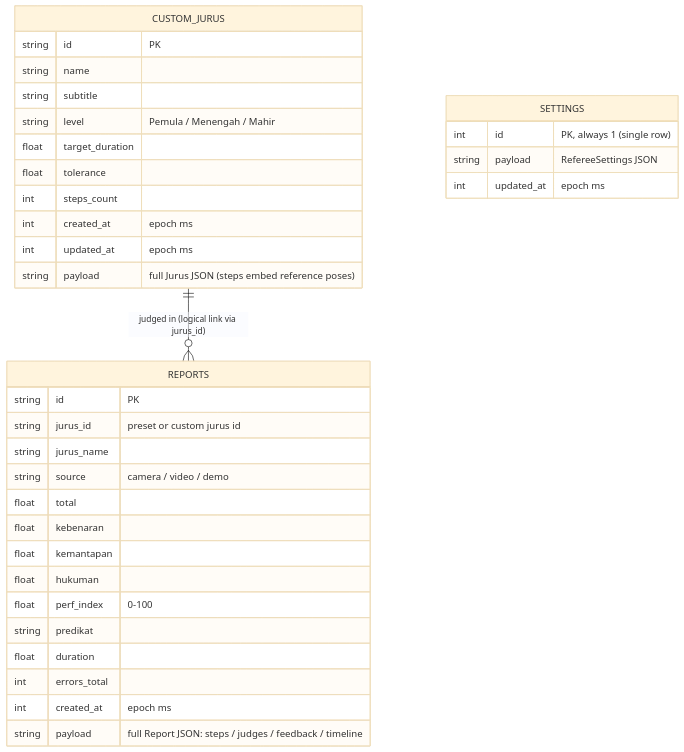
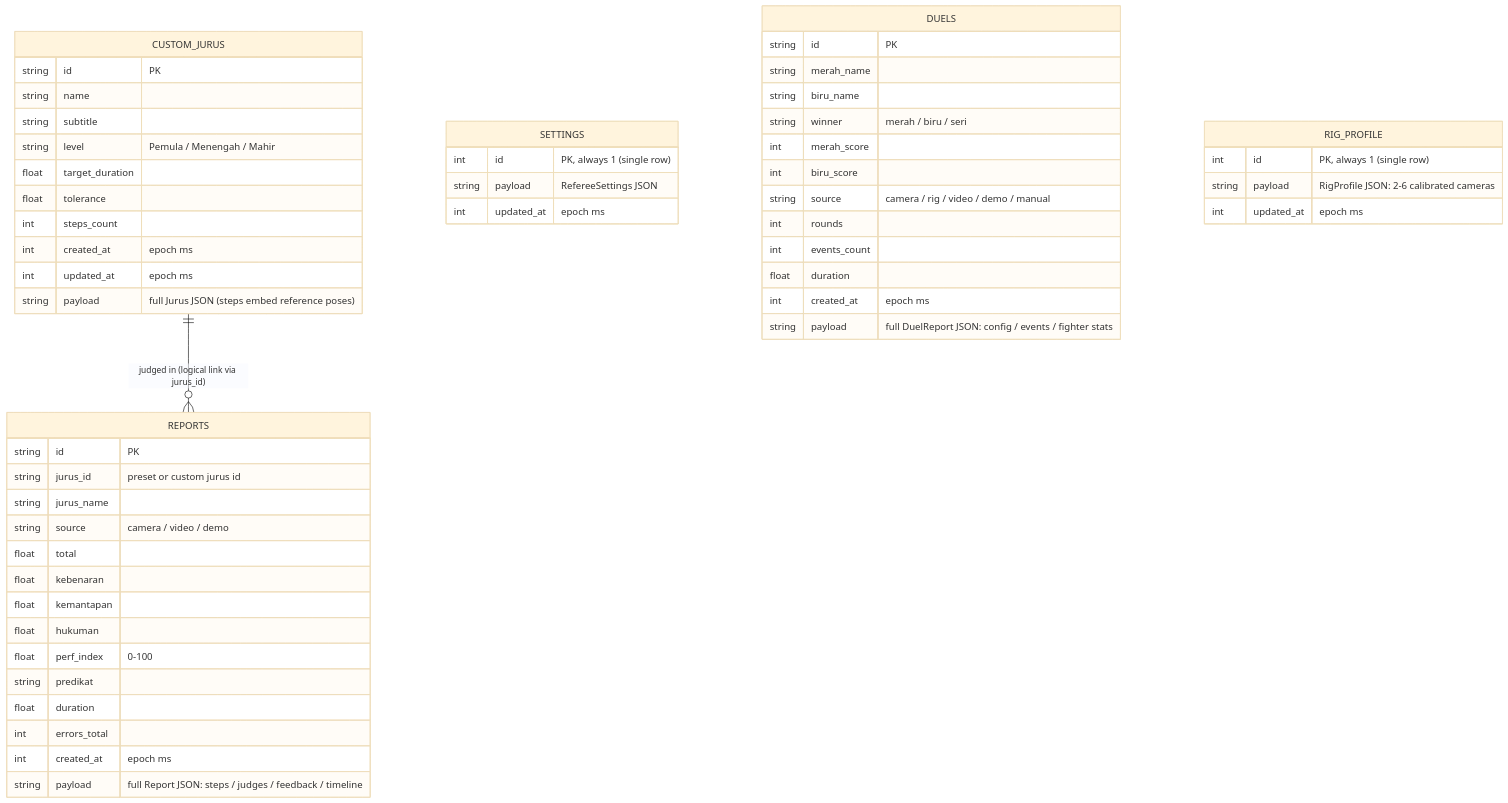
One commit to ukkyz/ai-referee changed the fourth of 4 diagrams in README.md. Above: the diagram before and after it, drawn with Mermaid (base theme). The commit also changed other lines of this file and 24 other files, not shown here.

First line of the commit message:
feat(tanding): 3-camera 60–120 fps rig architecture + duel UI

````diff
--- a/README.md
+++ b/README.md
@@ -128,37 +176,56 @@
 ```mermaid
 erDiagram
     CUSTOM_JURUS {
         string id "PK"
         string name
         string subtitle
         string level "Pemula / Menengah / Mahir"
         float target_duration
         float tolerance
         int steps_count
         int created_at "epoch ms"
         int updated_at "epoch ms"
         string payload "full Jurus JSON (steps embed reference poses)"
     }
     REPORTS {
         string id "PK"
         string jurus_id "preset or custom jurus id"
         string jurus_name
         string source "camera / video / demo"
         float total
         float kebenaran
         float kemantapan
         float hukuman
         float perf_index "0-100"
         string predikat
         float duration
         int errors_total
         int created_at "epoch ms"
         string payload "full Report JSON: steps / judges / feedback / timeline"
     }
     SETTINGS {
         int id "PK, always 1 (single row)"
         string payload "RefereeSettings JSON"
         int updated_at "epoch ms"
     }
+    DUELS {
+        string id "PK"
+        string merah_name
+        string biru_name
+        string winner "merah / biru / seri"
+        int merah_score
+        int biru_score
+        string source "camera / rig / video / demo / manual"
+        int rounds
+        int events_count
+        float duration
+        int created_at "epoch ms"
+        string payload "full DuelReport JSON: config / events / fighter stats"
+    }
+    RIG_PROFILE {
+        int id "PK, always 1 (single row)"
+        string payload "RigProfile JSON: 2-6 calibrated cameras"
+        int updated_at "epoch ms"
+    }
     CUSTOM_JURUS ||--o{ REPORTS : "judged in (logical link via jurus_id)"
 ```
````
